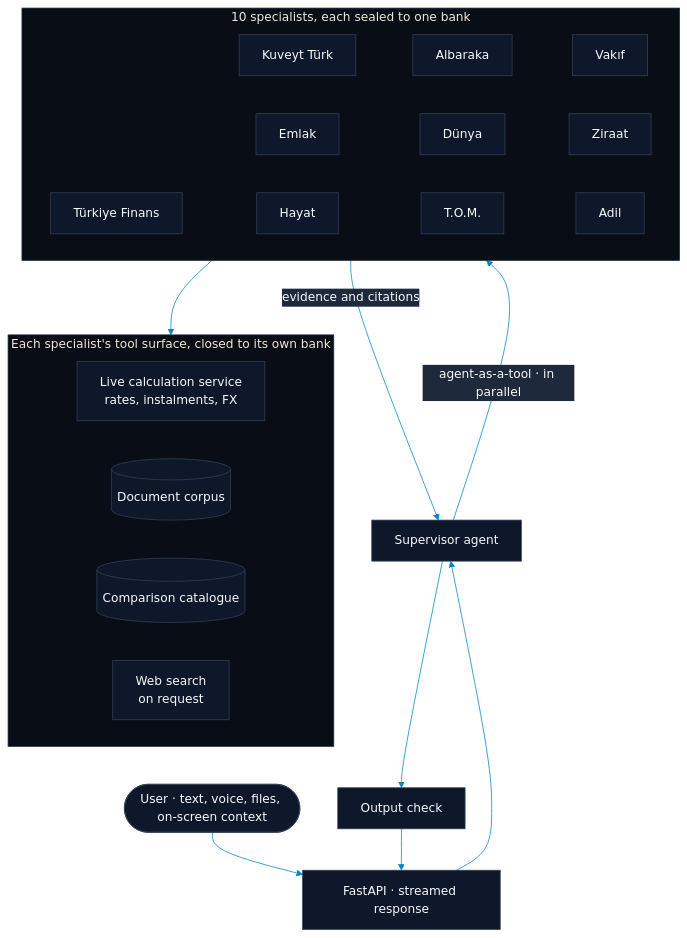
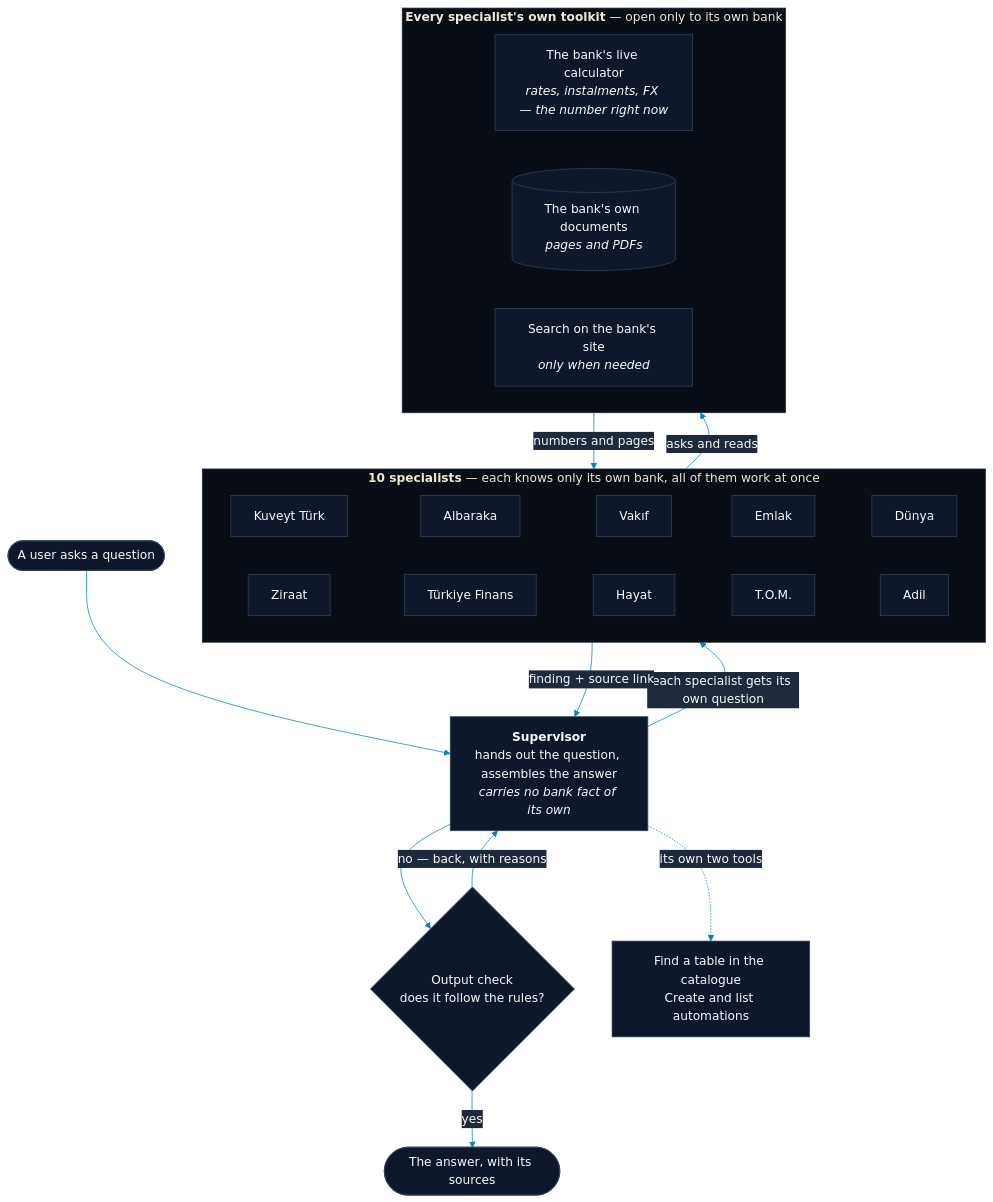
Before and after one commit to Abdurrahman-Wahdan/TEKNOFEST2026-Yapay-Zeka-Dil-Ajanlari-Yarismasi-KERMITS: diagram 14 of 18 in README.md, drawn with Mermaid. The commit also changed other lines of this file and 14 other files, not shown here.

````diff
--- a/README.md
+++ b/README.md
@@ -835,28 +1086,32 @@
 ```mermaid
 %%{init: {'theme':'base','themeVariables':{'primaryColor':'#0f172a','primaryTextColor':'#f8fafc','primaryBorderColor':'#334155','lineColor':'#0284c7','secondaryColor':'#1e293b','tertiaryColor':'#0f172a','clusterBkg':'#090d16','clusterBorder':'#1e293b'}}}%%
-flowchart TD
-    U([User · text, voice, files, on-screen context]) --> API["FastAPI · streamed response"]
-    API --> SUP["Supervisor agent"]
+flowchart TB
+    U(["A user asks a question"])
+    SUP["<b>Supervisor</b><br/>hands out the question, assembles the answer<br/><i>carries no bank fact of its own</i>"]
 
-    subgraph SPEC["10 specialists, each sealed to one bank"]
+    U --> SUP
+
+    subgraph SPEC["<b>10 specialists</b> — each knows only its own bank, all of them work at once"]
         direction LR
-        S1["Kuveyt Türk"] ~~~ S2["Albaraka"] ~~~ S3["Vakıf"]
-        S4["Emlak"] ~~~ S5["Dünya"] ~~~ S6["Ziraat"]
-        S7["Türkiye Finans"] ~~~ S8["Hayat"] ~~~ S9["T.O.M."] ~~~ S10["Adil"]
+        S1["Kuveyt Türk"] ~~~ S2["Albaraka"] ~~~ S3["Vakıf"] ~~~ S4["Emlak"] ~~~ S5["Dünya"]
+        S6["Ziraat"] ~~~ S7["Türkiye Finans"] ~~~ S8["Hayat"] ~~~ S9["T.O.M."] ~~~ S10["Adil"]
     end
 
-    SUP -->|agent-as-a-tool · in parallel| SPEC
-
-    subgraph TOOLS["Each specialist's tool surface, closed to its own bank"]
+    subgraph TOOLS["<b>Every specialist's own toolkit</b> — open only to its own bank"]
         direction LR
-        T1["Live calculation service<br/>rates, instalments, FX"]
-        T2[("Document corpus")]
-        T3[("Comparison catalogue")]
-        T4["Web search<br/>on request"]
+        T1["The bank's live calculator<br/><i>rates, instalments, FX — the number right now</i>"]
+        T2[("The bank's own documents<br/><i>pages and PDFs</i>")]
+        T3["Search on the bank's site<br/><i>only when needed</i>"]
     end
 
-    SPEC --> TOOLS
-    SPEC -->|evidence and citations| SUP
-    SUP --> G["Output check"]
-    G --> API
+    SUP -->|"each specialist gets its own question"| SPEC
+    SPEC -->|"asks and reads"| TOOLS
+    TOOLS -->|"numbers and pages"| SPEC
+    SPEC -->|"finding + source link"| SUP
+
+    SUP --> G{"Output check<br/>does it follow the rules?"}
+    G -->|"no — back, with reasons"| SUP
+    G -->|"yes"| OUT(["The answer, with its sources"])
+
+    SUP -.->|"its own two tools"| SUPT["Find a table in the catalogue<br/>Create and list automations"]
 ```
````
